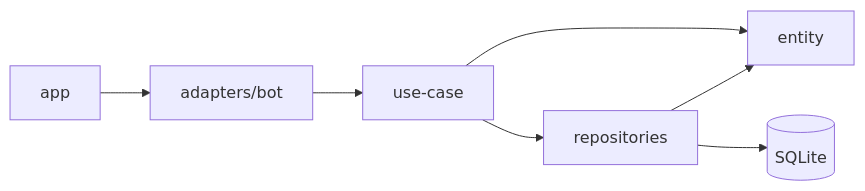
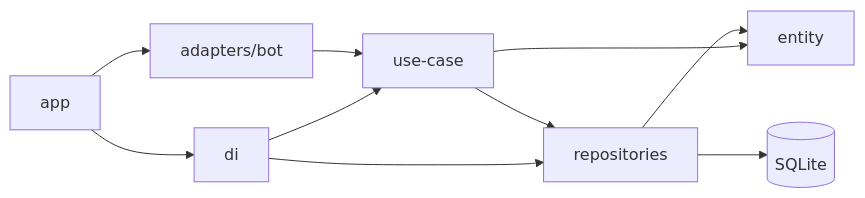
One commit to Solution-23/max-bot changed the diagram in README.md. Above: the diagram before and after it, drawn with Mermaid. The commit also changed other lines of this file, not shown here.

````diff
--- a/README.md
+++ b/README.md
@@ -112,9 +114,12 @@
 ```mermaid
 flowchart LR
-    APP[app] --> ADP[adapters/bot]
-    ADP --> UC[use-case]
-    UC --> REPO[repositories]
+    APP[app] --> DI[di]
+    APP --> ADP[adapters/bot]
+    DI --> UC[use-case]
+    DI --> REPO[repositories]
+    ADP --> UC
+    UC --> REPO
     UC --> ENT[entity]
     REPO --> ENT
     REPO --> DB[(SQLite)]
 ```
````
